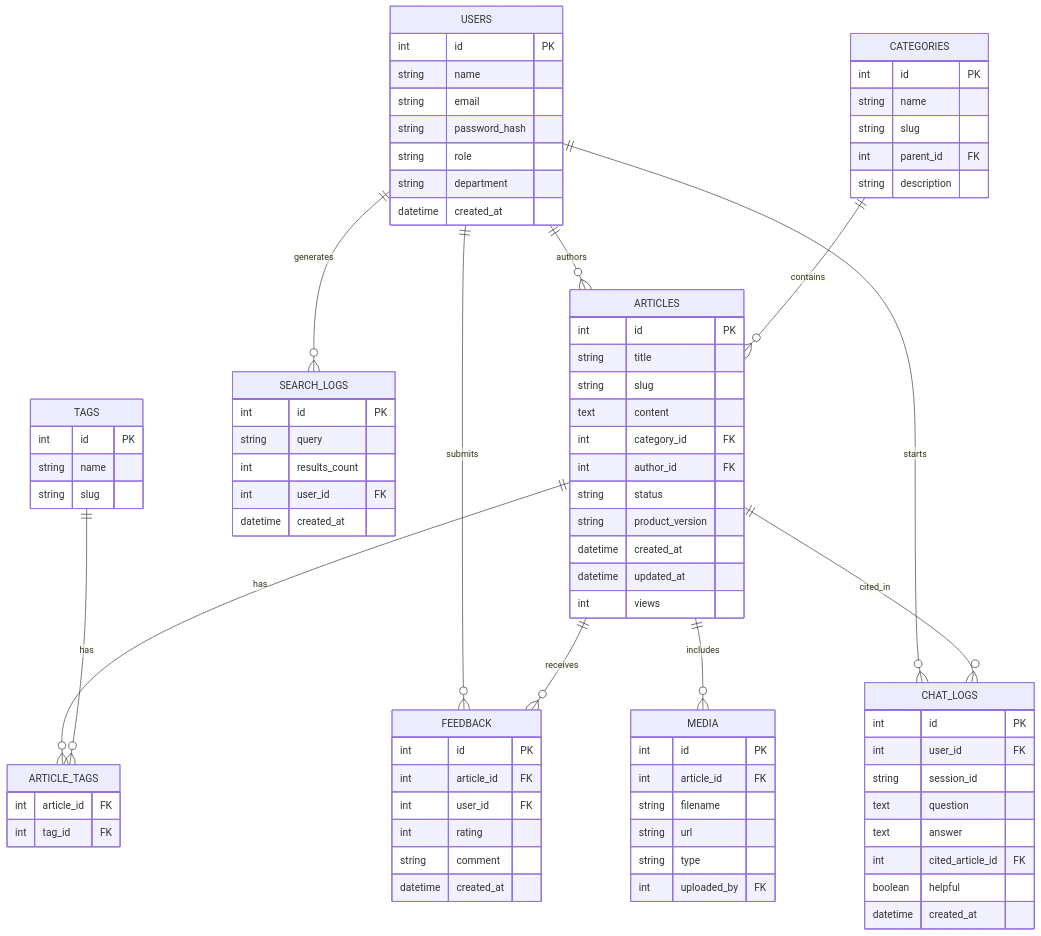
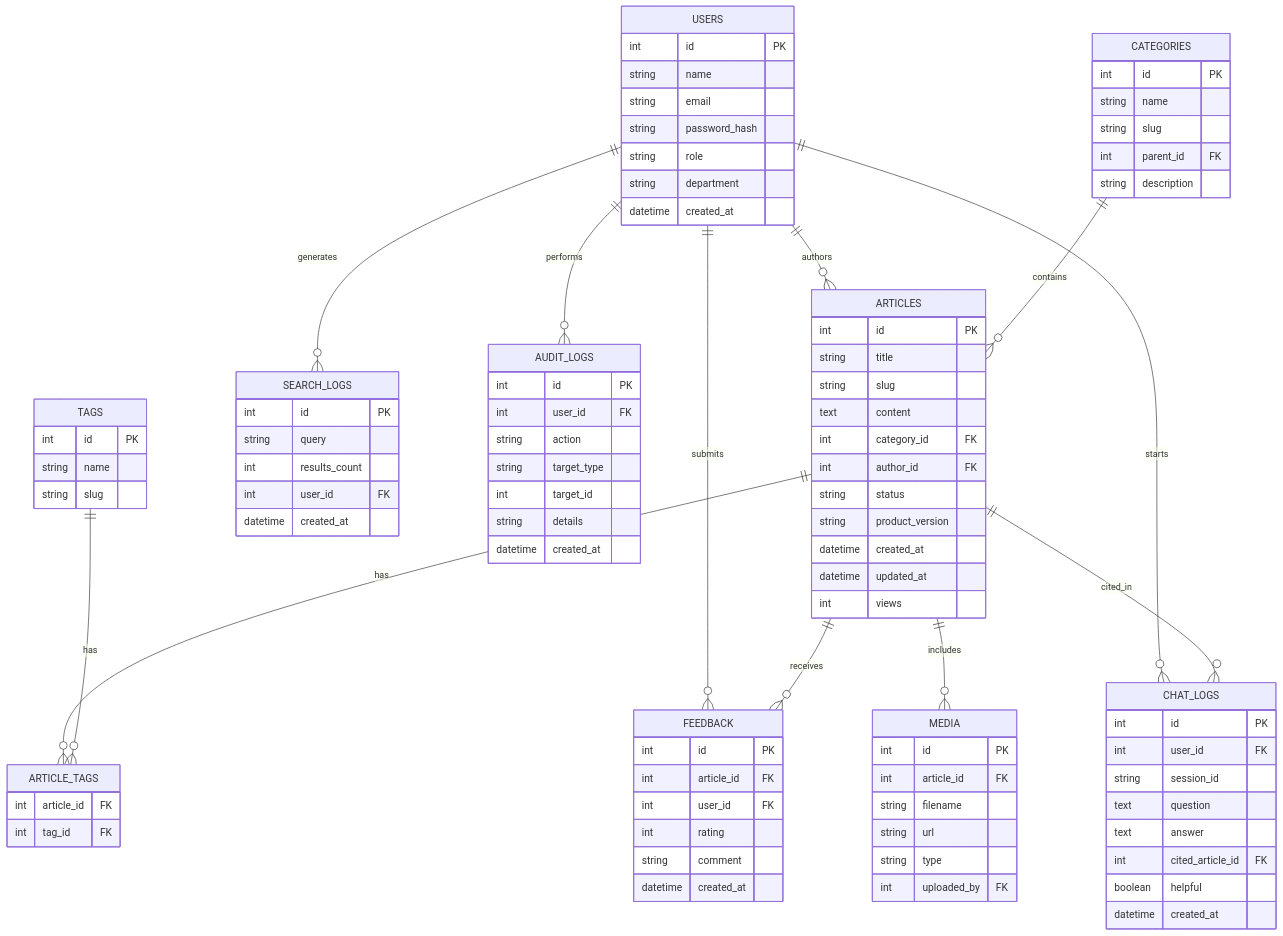
One commit to abdiqafarfarah-COD/healthtech-kb changed the diagram in docs/ERD.md. Above: the diagram before and after it, drawn with Mermaid. The commit also changed other lines of this file and 4 other files, not shown here.

Commit message:
Update documentation: ERD, architecture diagram, API contract, Postman collection, and README to reflect actual implementation

````diff
--- a/docs/ERD.md
+++ b/docs/ERD.md
@@ -6,6 +6,7 @@
     USERS ||--o{ FEEDBACK : submits
     USERS ||--o{ SEARCH_LOGS : generates
     USERS ||--o{ CHAT_LOGS : starts
+    USERS ||--o{ AUDIT_LOGS : performs
     CATEGORIES ||--o{ ARTICLES : contains
     ARTICLES ||--o{ ARTICLE_TAGS : has
     TAGS ||--o{ ARTICLE_TAGS : has
@@ -92,4 +93,14 @@
         boolean helpful
         datetime created_at
     }
+
+    AUDIT_LOGS {
+        int id PK
+        int user_id FK
+        string action
+        string target_type
+        int target_id
+        string details
+        datetime created_at
+    }
 ```
````
